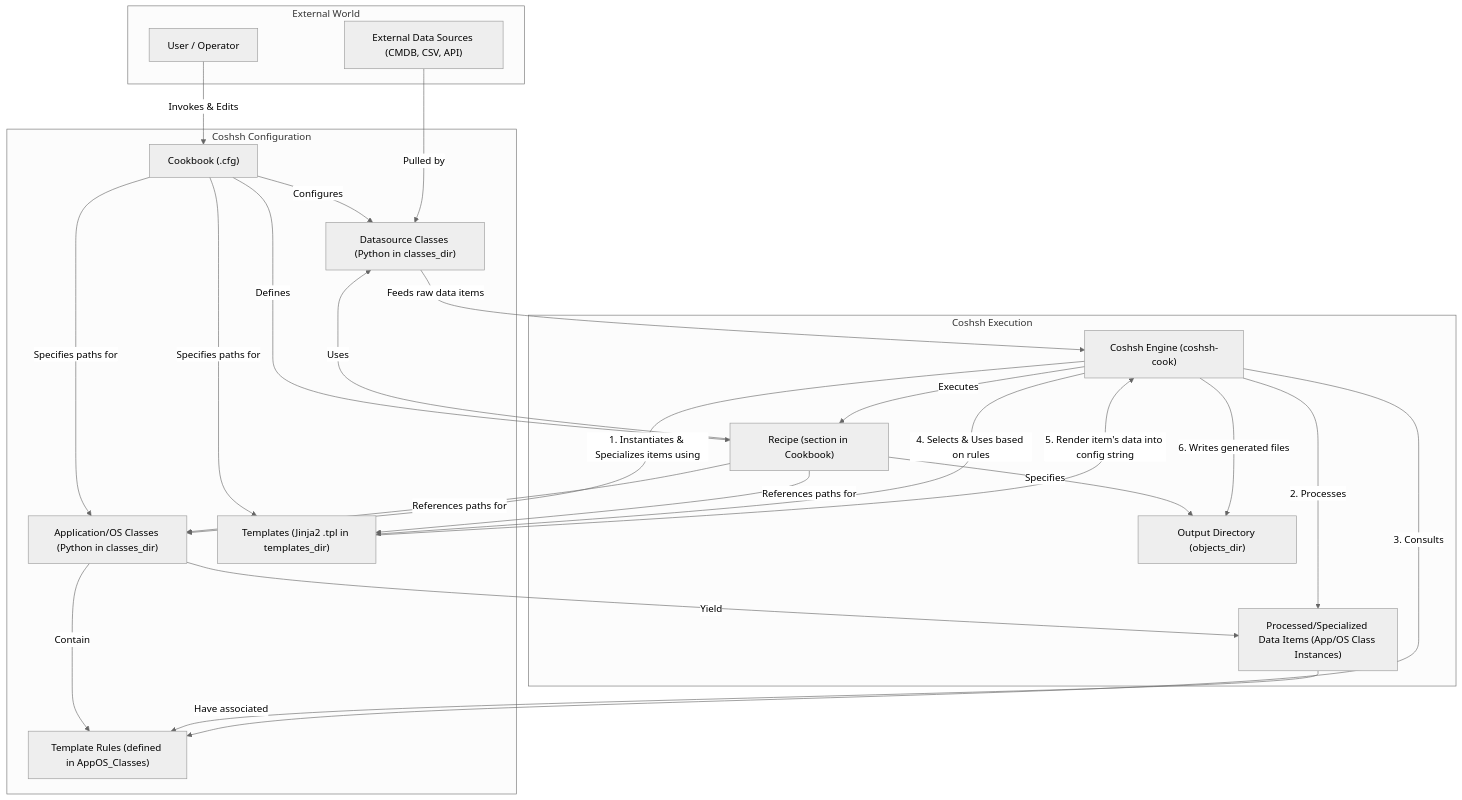
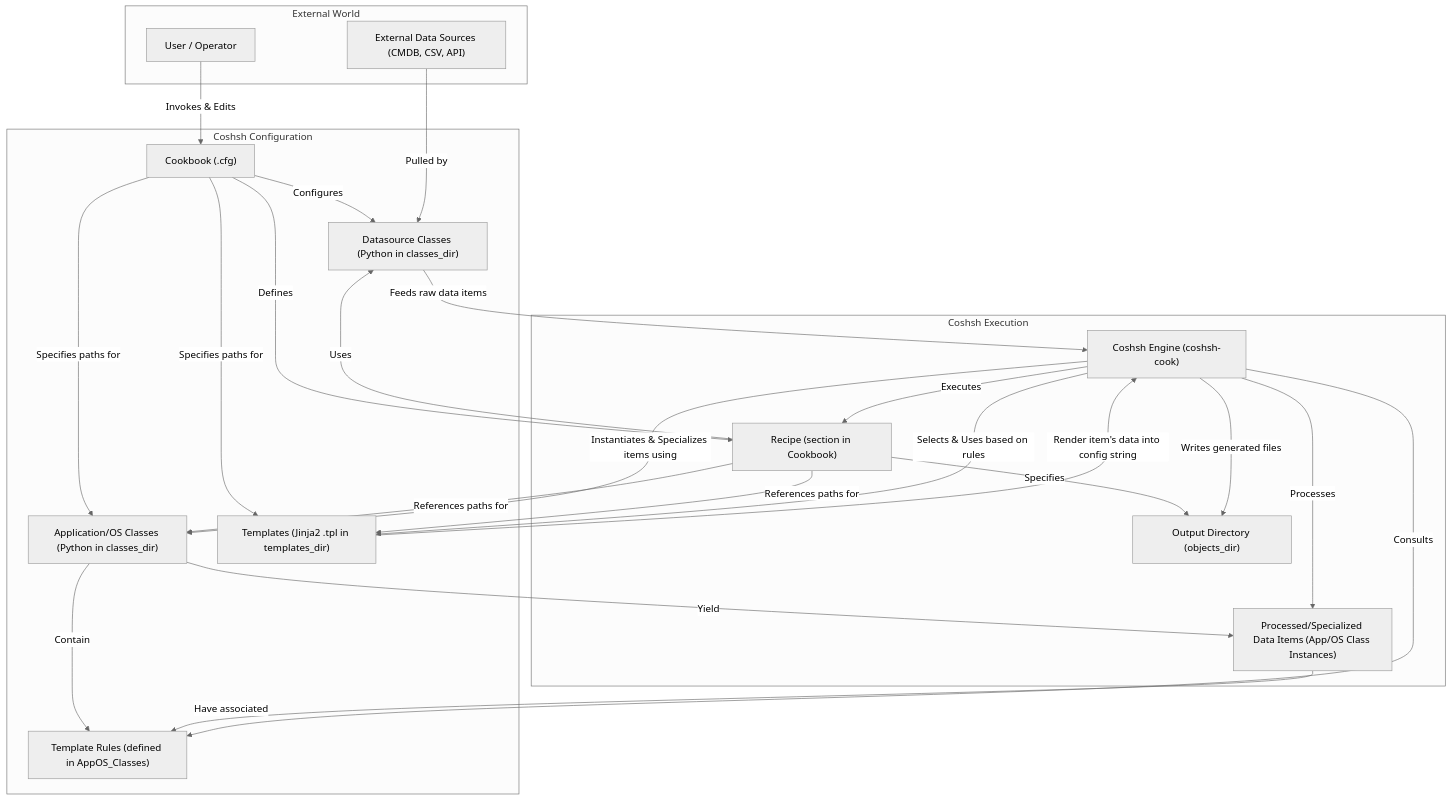
Before and after one commit to lausser/coshsh: the diagram in coshsh_principle_diagram.md, drawn with Mermaid (neutral theme).

Commit message:
Fix: Correct edge labels in Coshsh overview Mermaid diagram
Removes numerical prefixes from edge labels in `coshsh_principle_diagram.md` to prevent potential rendering issues with some Mermaid parsers.

````diff
--- a/coshsh_principle_diagram.md
+++ b/coshsh_principle_diagram.md
@@ -1,49 +1,49 @@
 ```mermaid
 graph TD
     subgraph External World
         ExtData["External Data Sources (CMDB, CSV, API)"]
         User["User / Operator"]
     end
 
     subgraph Coshsh Configuration
         Cookbook["Cookbook (.cfg)"]
         DS_Classes["Datasource Classes (Python in classes_dir)"]
         AppOS_Classes["Application/OS Classes (Python in classes_dir)"]
         TRules["Template Rules (defined in AppOS_Classes)"]
         Templates["Templates (Jinja2 .tpl in templates_dir)"]
     end
 
     subgraph Coshsh Execution
         Engine["Coshsh Engine (coshsh-cook)"]
         Recipe["Recipe (section in Cookbook)"]
         ProcessedItems["Processed/Specialized Data Items (App/OS Class Instances)"]
         Output["Output Directory (objects_dir)"]
     end
 
     User -- Invokes & Edits --> Cookbook
     Cookbook -- Defines --> Recipe
     Cookbook -- Configures --> DS_Classes
     Cookbook -- Specifies paths for --> AppOS_Classes
     Cookbook -- Specifies paths for --> Templates
 
     Recipe -- Uses --> DS_Classes
     Recipe -- References paths for --> AppOS_Classes
     Recipe -- References paths for --> Templates
     Recipe -- Specifies --> Output
 
     ExtData -- Pulled by --> DS_Classes
     DS_Classes -- Feeds raw data items --> Engine
 
     Engine -- Executes --> Recipe
-    Engine -- "1. Instantiates & Specializes items using" --> AppOS_Classes
+    Engine -- "Instantiates & Specializes items using" --> AppOS_Classes
     AppOS_Classes -- "Contain" --> TRules
     AppOS_Classes -- "Yield" --> ProcessedItems
 
-    Engine -- "2. Processes" --> ProcessedItems
+    Engine -- "Processes" --> ProcessedItems
     ProcessedItems -- "Have associated" --> TRules
-    Engine -- "3. Consults" --> TRules
-    Engine -- "4. Selects & Uses based on rules" --> Templates
+    Engine -- "Consults" --> TRules
+    Engine -- "Selects & Uses based on rules" --> Templates
 
-    Templates -- "5. Render item's data into config string" --> Engine
-    Engine -- "6. Writes generated files" --> Output
+    Templates -- "Render item's data into config string" --> Engine
+    Engine -- "Writes generated files" --> Output
 ```
````
